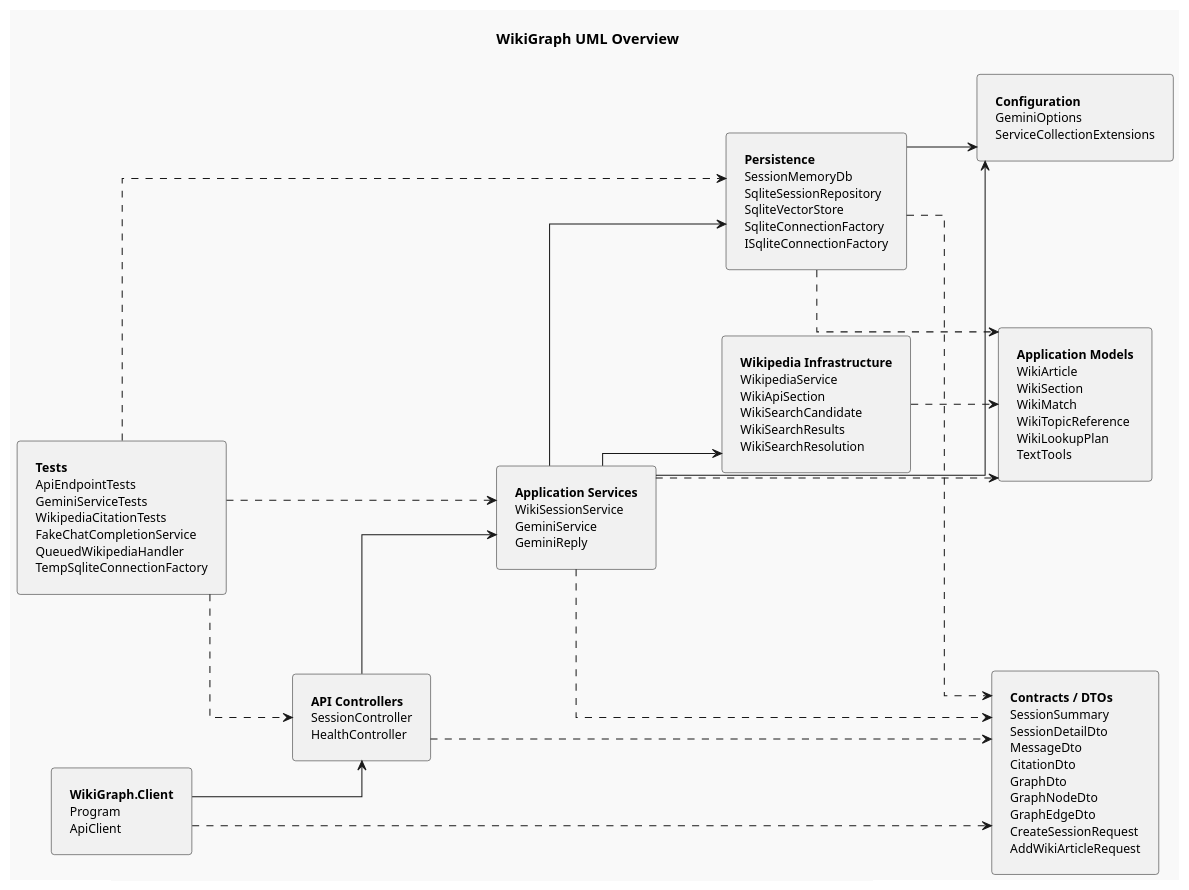
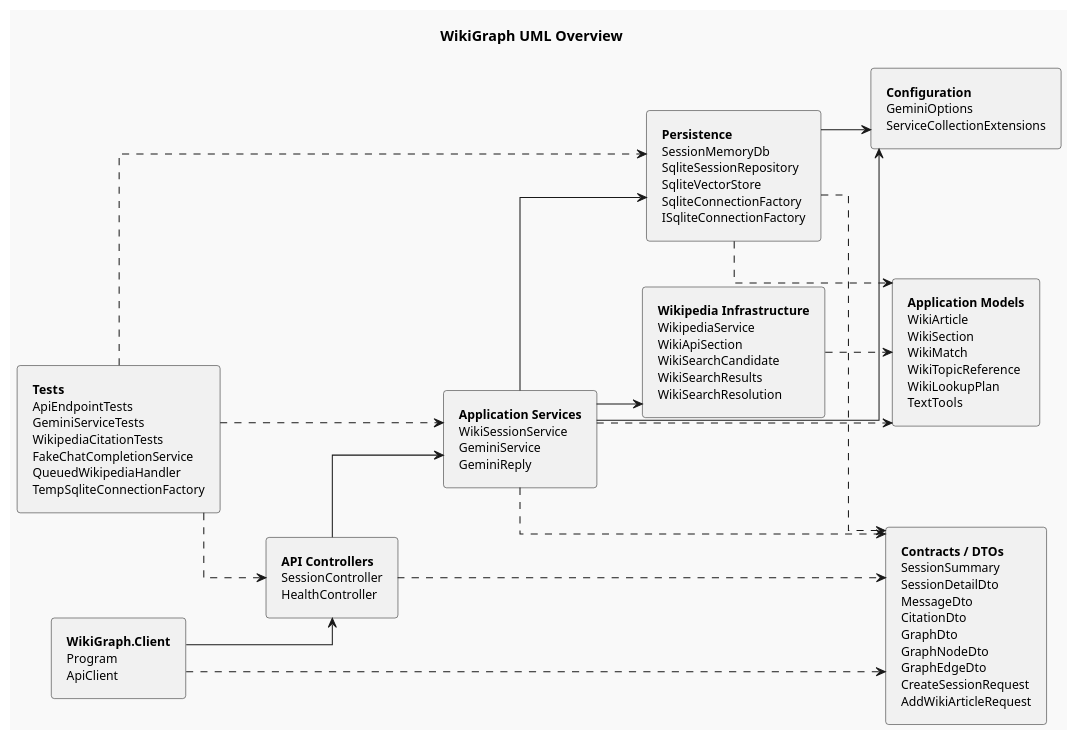
One commit to Tirth-Thakkar/WikiGraph changed the first of 2 diagrams in uml/include.puml. Above: the diagram before and after it, drawn with PlantUML. The commit also changed other lines of this file and 68 other files, not shown here.

Commit message:
Freash UML

```diff
--- a/uml/include.puml
+++ b/uml/include.puml
@@ -1,59 +1,59 @@
 @startuml
 '
 ' Simplified overview.
 ' The detailed all-in-one diagram is emitted from this same file as include-detailed.
 !theme mars
 left to right direction
 skinparam linetype ortho
 skinparam shadowing false
 skinparam roundCorner 6
-skinparam ranksep 65
-skinparam nodesep 65
-skinparam padding 8
+skinparam ranksep 45
+skinparam nodesep 45
+skinparam padding 5
 skinparam WrapWidth 220
 skinparam DefaultFontSize 12
 skinparam RectangleFontSize 12
 skinparam ArrowFontSize 10
 
 title WikiGraph UML Overview
 
 rectangle "<b>WikiGraph.Client</b>\nProgram\nApiClient" as Client
 
 rectangle "<b>API Controllers</b>\nSessionController\nHealthController" as Controllers
 
 rectangle "<b>Application Services</b>\nWikiSessionService\nGeminiService\nGeminiReply" as Services
 
 rectangle "<b>Wikipedia Infrastructure</b>\nWikipediaService\nWikiApiSection\nWikiSearchCandidate\nWikiSearchResults\nWikiSearchResolution" as WikiInfra
 
 rectangle "<b>Persistence</b>\nSessionMemoryDb\nSqliteSessionRepository\nSqliteVectorStore\nSqliteConnectionFactory\nISqliteConnectionFactory" as Persistence
 
 rectangle "<b>Application Models</b>\nWikiArticle\nWikiSection\nWikiMatch\nWikiTopicReference\nWikiLookupPlan\nTextTools" as Models
 
 rectangle "<b>Contracts / DTOs</b>\nSessionSummary\nSessionDetailDto\nMessageDto\nCitationDto\nGraphDto\nGraphNodeDto\nGraphEdgeDto\nCreateSessionRequest\nAddWikiArticleRequest" as Contracts
 
 rectangle "<b>Configuration</b>\nGeminiOptions\nServiceCollectionExtensions" as Config
 
 rectangle "<b>Tests</b>\nApiEndpointTests\nGeminiServiceTests\nWikipediaCitationTests\nFakeChatCompletionService\nQueuedWikipediaHandler\nTempSqliteConnectionFactory" as Tests
 
 Client --> Controllers
 Client ..> Contracts
 
 Controllers --> Services
 Controllers ..> Contracts
 
 Services --> WikiInfra
 Services --> Persistence
 Services --> Config
 Services ..> Models
 Services ..> Contracts
 
 WikiInfra ..> Models
 Persistence ..> Models
 Persistence ..> Contracts
 Persistence --> Config
 
 Tests ..> Controllers
 Tests ..> Services
 Tests ..> Persistence
 
 @enduml
```
